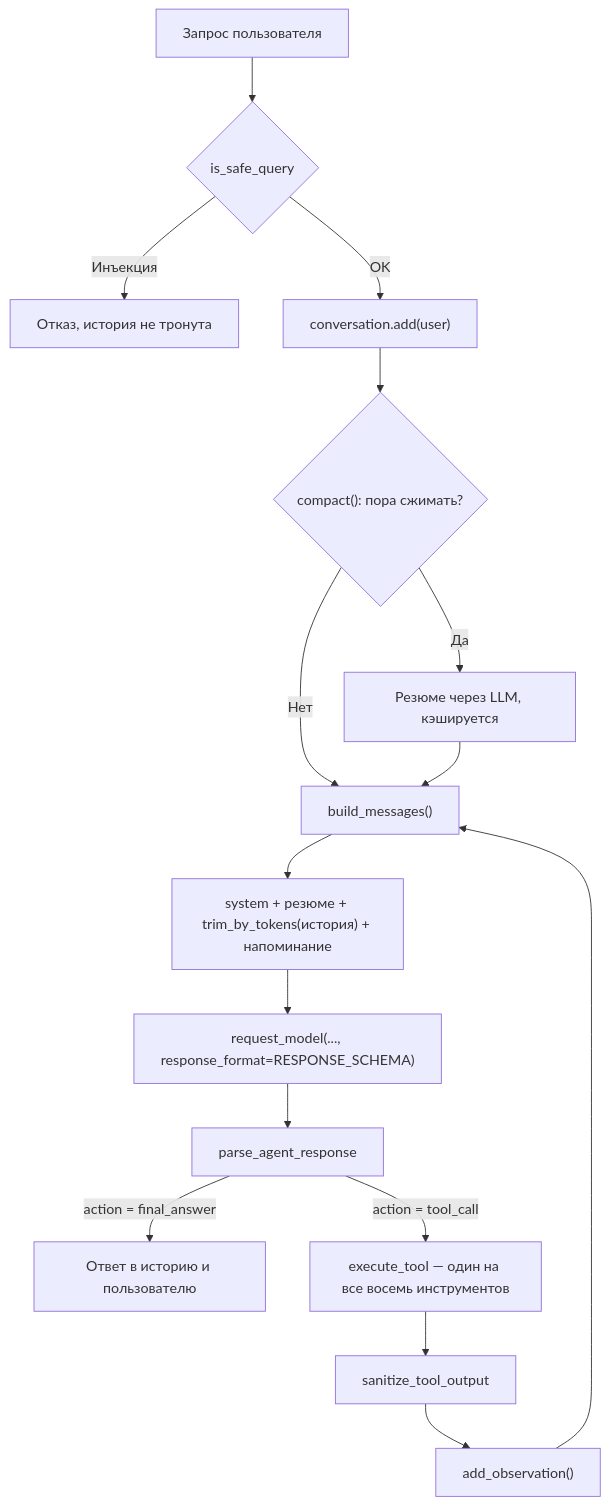
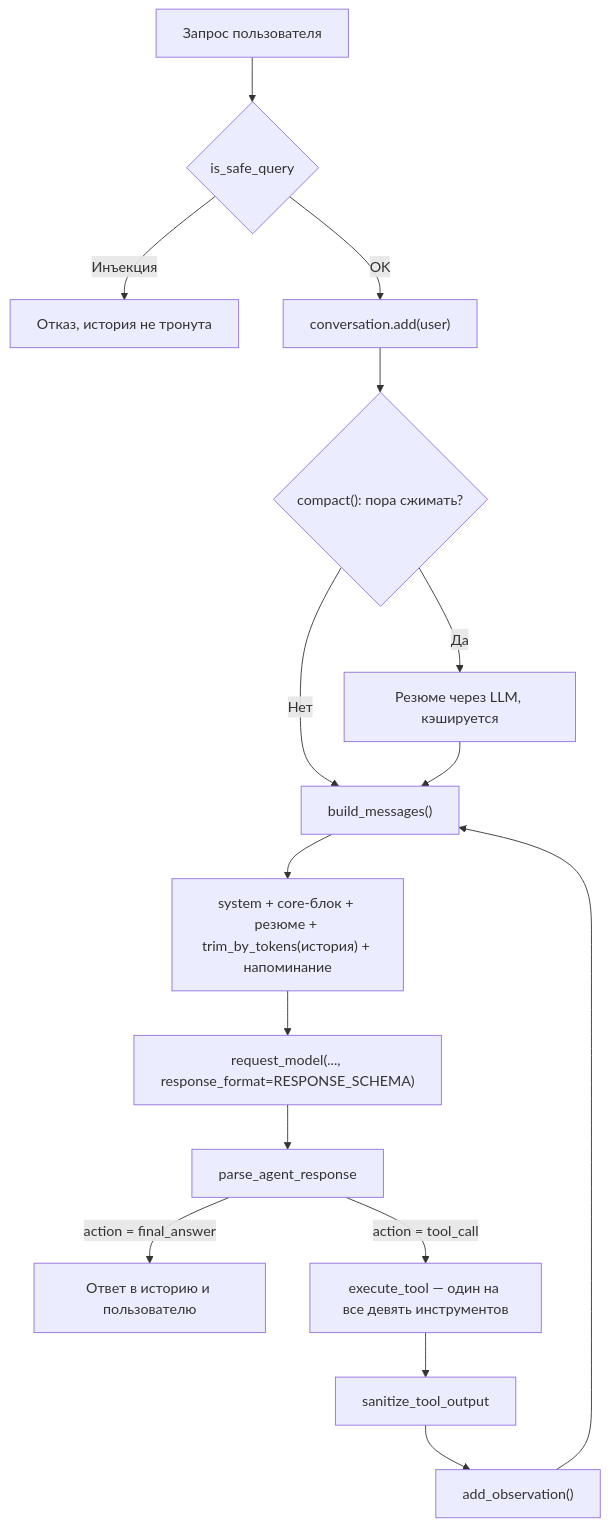
Before and after one commit to io982/firstAgent: the third of 4 diagrams in chapter3/README.md, drawn with Mermaid. The commit also changed other lines of this file and 9 other files, not shown here.

First line of the commit message:
Глава 3: core memory — блок, который агент правит сам

````diff
--- a/chapter3/README.md
+++ b/chapter3/README.md
@@ -912,22 +1033,22 @@
 ```mermaid
 graph TD
     A["Запрос пользователя"] --> B{"is_safe_query"}
     B -- "Инъекция" --> Z["Отказ, история не тронута"]
     B -- "OK" --> C["conversation.add(user)"]
 
     C --> C2{"compact(): пора сжимать?"}
     C2 -- "Да" --> C3["Резюме через LLM, кэшируется"]
     C2 -- "Нет" --> D
     C3 --> D["build_messages()"]
 
-    D --> D2["system + резюме + trim_by_tokens(история) + напоминание"]
+    D --> D2["system + core-блок + резюме + trim_by_tokens(история) + напоминание"]
     D2 --> E["request_model(..., response_format=RESPONSE_SCHEMA)"]
     E --> F["parse_agent_response"]
 
     F -- "action = final_answer" --> Y["Ответ в историю и пользователю"]
-    F -- "action = tool_call" --> G["execute_tool — один на все восемь инструментов"]
+    F -- "action = tool_call" --> G["execute_tool — один на все девять инструментов"]
 
     G --> J["sanitize_tool_output"]
     J --> K["add_observation()"]
     K --> D
 ```
````
